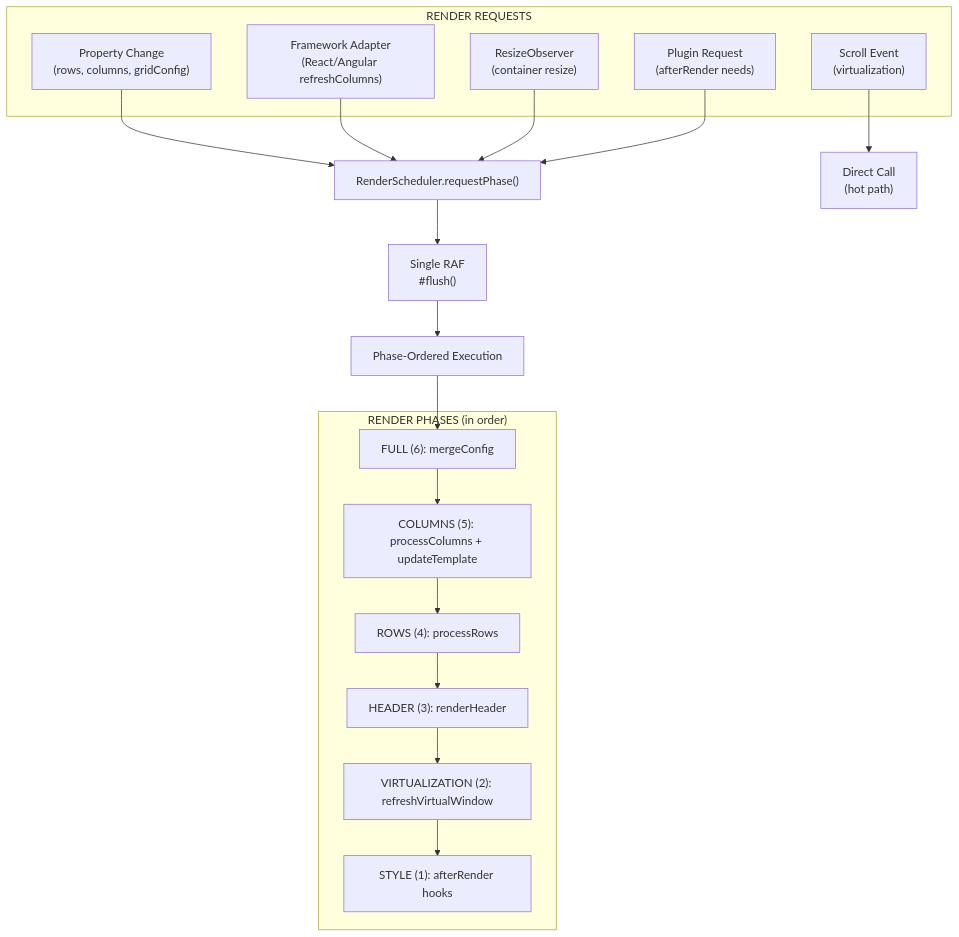
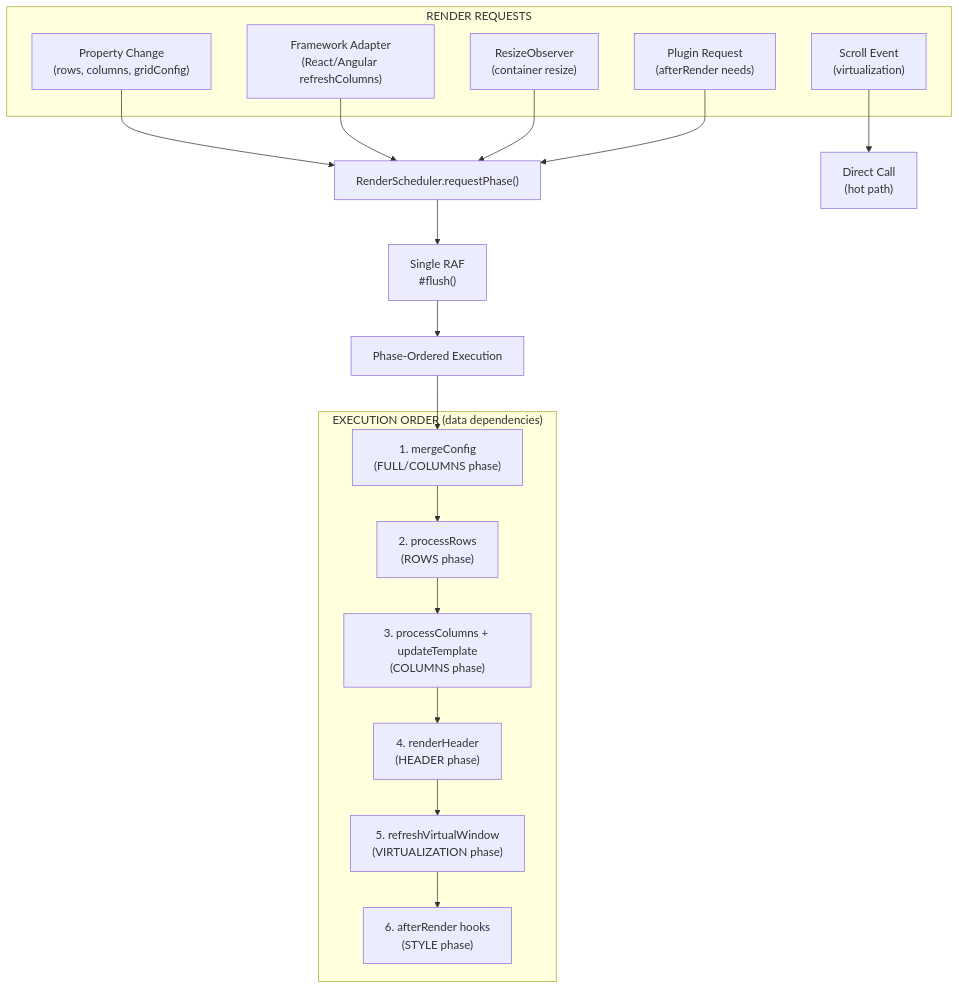
The third of 4 diagrams in libs/grid/ARCHITECTURE.md (OysteinAmundsen/toolbox), drawn with Mermaid before and after one commit. The commit also changed other lines of this file and 40 other files, not shown here.

````diff
--- a/libs/grid/ARCHITECTURE.md
+++ b/libs/grid/ARCHITECTURE.md
@@ -361,30 +363,30 @@
 ```mermaid
 flowchart TB
     subgraph sources["RENDER REQUESTS"]
         A["Property Change<br/>(rows, columns, gridConfig)"]
         B["Framework Adapter<br/>(React/Angular refreshColumns)"]
         C["ResizeObserver<br/>(container resize)"]
         D["Scroll Event<br/>(virtualization)"]
         E["Plugin Request<br/>(afterRender needs)"]
     end
 
     A --> F["RenderScheduler.requestPhase()"]
     B --> F
     C --> F
     D --> G["Direct Call<br/>(hot path)"]
     E --> F
 
     F --> H["Single RAF<br/>#flush()"]
     H --> I["Phase-Ordered Execution"]
 
-    subgraph phases["RENDER PHASES (in order)"]
-        P1["FULL (6): mergeConfig"]
-        P2["COLUMNS (5): processColumns + updateTemplate"]
-        P3["ROWS (4): processRows"]
-        P4["HEADER (3): renderHeader"]
-        P5["VIRTUALIZATION (2): refreshVirtualWindow"]
-        P6["STYLE (1): afterRender hooks"]
+    subgraph phases["EXECUTION ORDER (data dependencies)"]
+        P1["1. mergeConfig<br/>(FULL/COLUMNS phase)"]
+        P2["2. processRows<br/>(ROWS phase)"]
+        P3["3. processColumns + updateTemplate<br/>(COLUMNS phase)"]
+        P4["4. renderHeader<br/>(HEADER phase)"]
+        P5["5. refreshVirtualWindow<br/>(VIRTUALIZATION phase)"]
+        P6["6. afterRender hooks<br/>(STYLE phase)"]
     end
 
     I --> P1 --> P2 --> P3 --> P4 --> P5 --> P6
 ```
````
